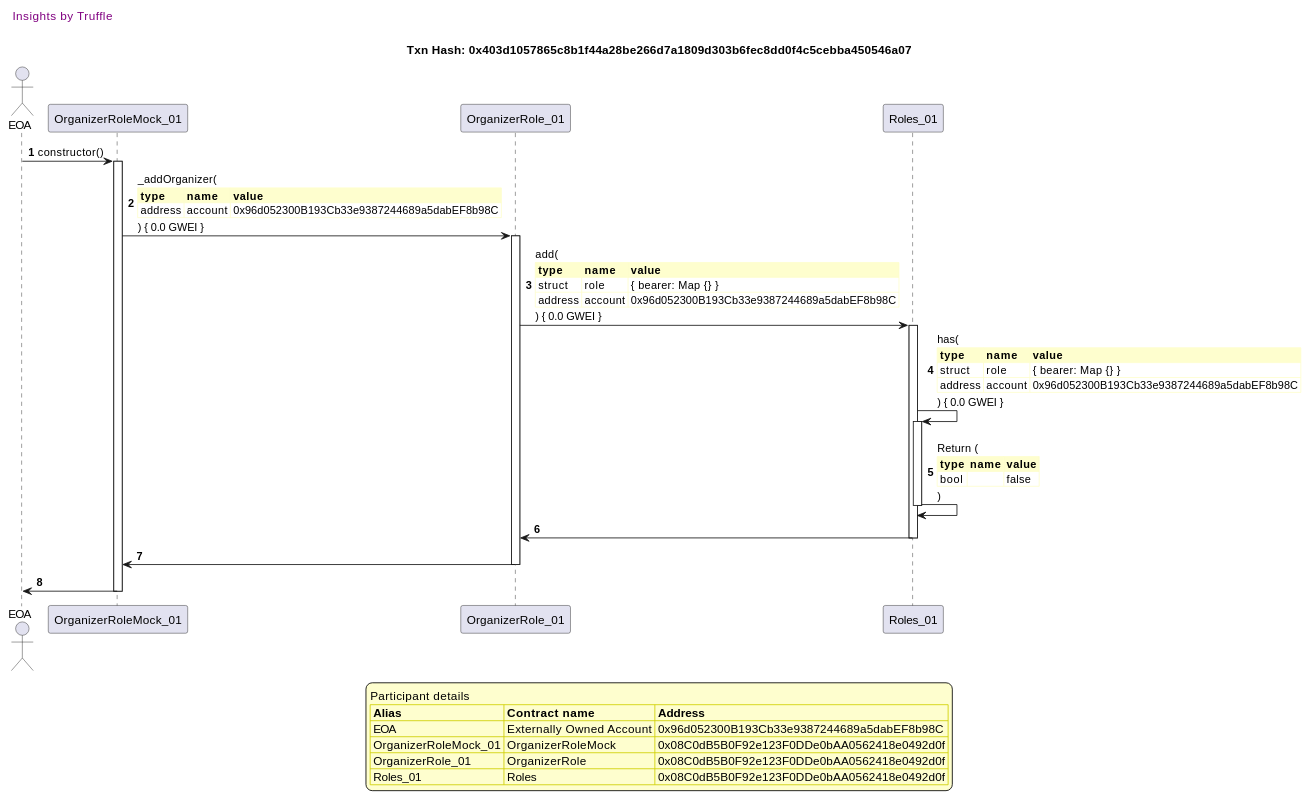
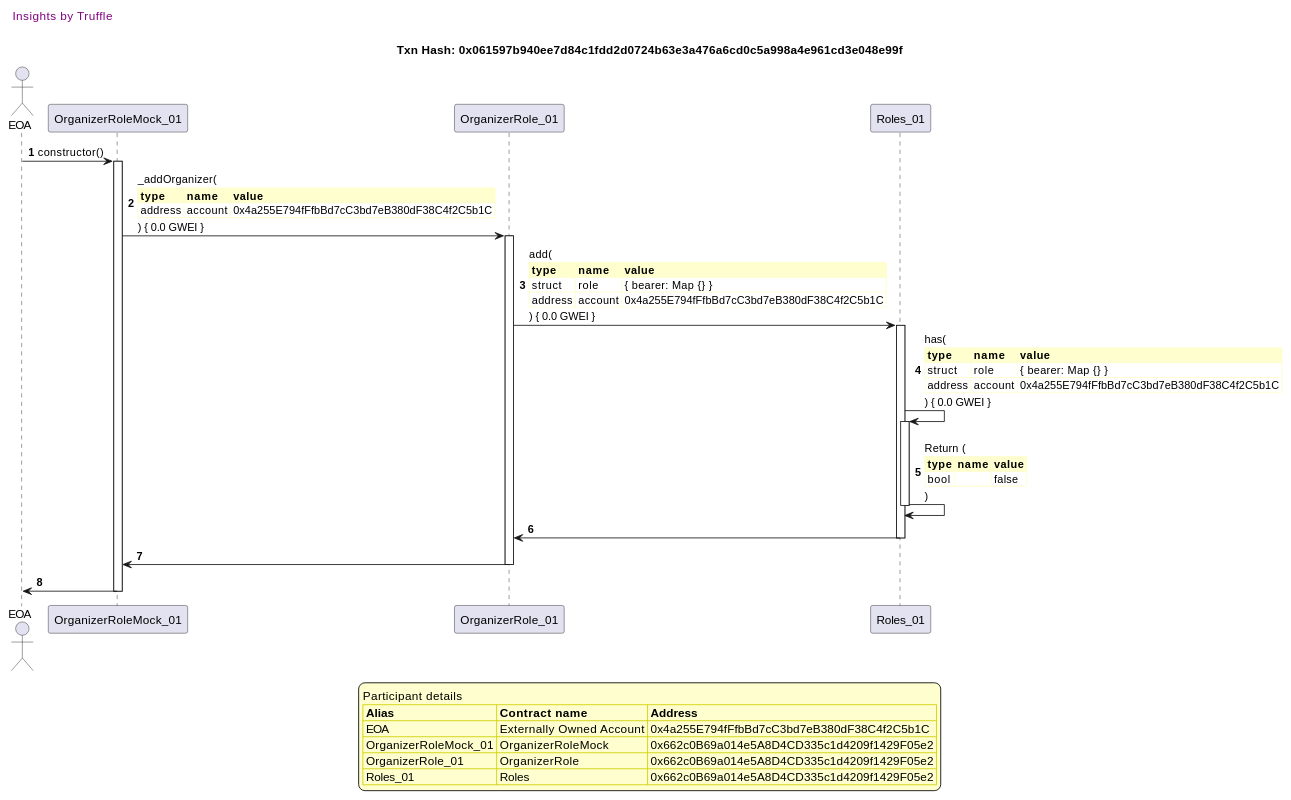
One commit to fodisi/hackapay changed diagram 12 of 41 in truffle-seq/roles_organizerrole.md. Above: the diagram before and after it, drawn with PlantUML. The commit also changed other lines of this file and 10 other files, not shown here.

````diff
--- a/truffle-seq/roles_organizerrole.md
+++ b/truffle-seq/roles_organizerrole.md
@@ -895,61 +895,61 @@
 ```plantuml
 
 
 @startuml
 
 autonumber
 skinparam legendBackgroundColor #FEFECE
 
 <style>
       header {
         HorizontalAlignment left
         FontColor purple
         FontSize 14
         Padding 10
       }
     </style>
 
 header Insights by Truffle
 
-title Txn Hash: 0x403d1057865c8b1f44a28be266d7a1809d303b6fec8dd0f4c5cebba450546a07
+title Txn Hash: 0x061597b940ee7d84c1fdd2d0724b63e3a476a6cd0c5a998a4e961cd3e048e99f
 
 
 actor EOA as "EOA"
 participant OrganizerRoleMock_01 as "OrganizerRoleMock_01"
 participant OrganizerRole_01 as "OrganizerRole_01"
 participant Roles_01 as "Roles_01"
 
 "EOA" -> "OrganizerRoleMock_01" ++: constructor()
 "OrganizerRoleMock_01" -> "OrganizerRole_01" ++: _addOrganizer(\n\
 <#FEFECE,#FEFECE>|= type |= name |= value |\n\
-| address | account | 0x96d052300B193Cb33e9387244689a5dabEF8b98C |\n\
+| address | account | 0x4a255E794fFfbBd7cC3bd7eB380dF38C4f2C5b1C |\n\
 ) { 0.0 GWEI }
 "OrganizerRole_01" -> "Roles_01" ++: add(\n\
 <#FEFECE,#FEFECE>|= type |= name |= value |\n\
 | struct | role | { bearer: Map {} } |\n\
-| address | account | 0x96d052300B193Cb33e9387244689a5dabEF8b98C |\n\
+| address | account | 0x4a255E794fFfbBd7cC3bd7eB380dF38C4f2C5b1C |\n\
 ) { 0.0 GWEI }
 "Roles_01" -> "Roles_01" ++: has(\n\
 <#FEFECE,#FEFECE>|= type |= name |= value |\n\
 | struct | role | { bearer: Map {} } |\n\
-| address | account | 0x96d052300B193Cb33e9387244689a5dabEF8b98C |\n\
+| address | account | 0x4a255E794fFfbBd7cC3bd7eB380dF38C4f2C5b1C |\n\
 ) { 0.0 GWEI }
 "Roles_01" -> "Roles_01" --: Return (\n\
 <#FEFECE,#FEFECE>|= type |= name |= value |\n\
 | bool |  | false |\n\
 )
 "Roles_01" -> "OrganizerRole_01" --: 
 "OrganizerRole_01" -> "OrganizerRoleMock_01" --: 
 "OrganizerRoleMock_01" -> "EOA" --: 
 
 legend
 Participant details
 <#FEFECE,#D0D000>|= Alias |= Contract name |= Address |
-<#FEFECE>| EOA | Externally Owned Account | 0x96d052300B193Cb33e9387244689a5dabEF8b98C |
-<#FEFECE>| OrganizerRoleMock_01 | OrganizerRoleMock | 0x08C0dB5B0F92e123F0DDe0bAA0562418e0492d0f |
-<#FEFECE>| OrganizerRole_01 | OrganizerRole | 0x08C0dB5B0F92e123F0DDe0bAA0562418e0492d0f |
-<#FEFECE>| Roles_01 | Roles | 0x08C0dB5B0F92e123F0DDe0bAA0562418e0492d0f |
+<#FEFECE>| EOA | Externally Owned Account | 0x4a255E794fFfbBd7cC3bd7eB380dF38C4f2C5b1C |
+<#FEFECE>| OrganizerRoleMock_01 | OrganizerRoleMock | 0x662c0B69a014e5A8D4CD335c1d4209f1429F05e2 |
+<#FEFECE>| OrganizerRole_01 | OrganizerRole | 0x662c0B69a014e5A8D4CD335c1d4209f1429F05e2 |
+<#FEFECE>| Roles_01 | Roles | 0x662c0B69a014e5A8D4CD335c1d4209f1429F05e2 |
 endlegend
 
 @enduml
 ```
````
